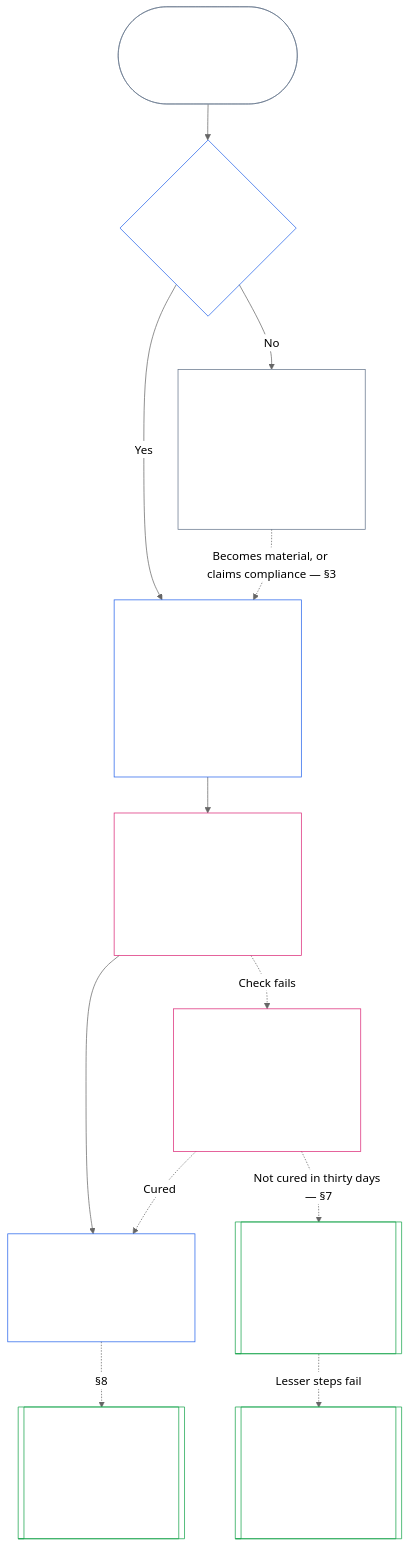
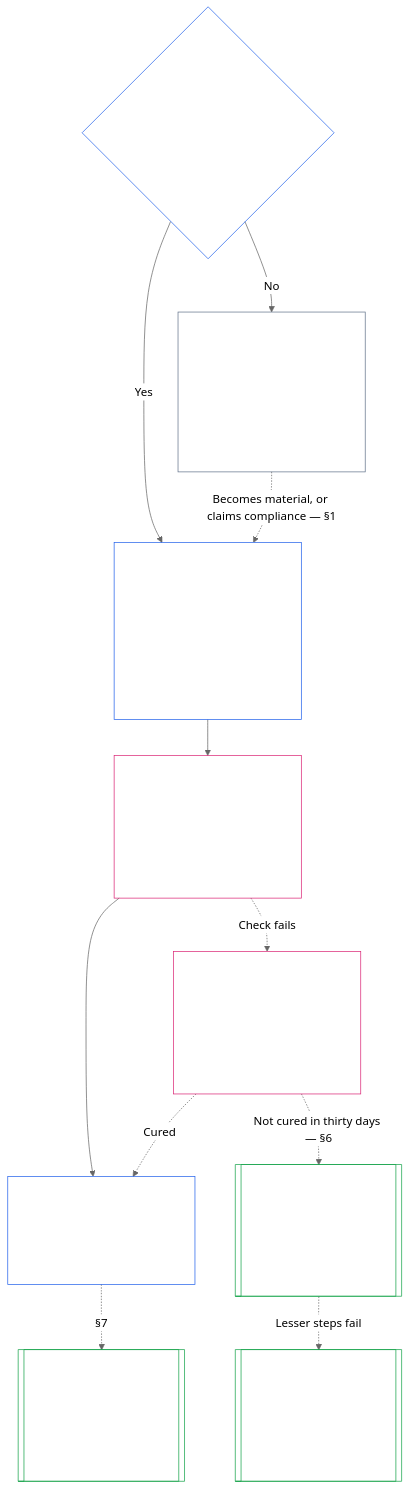
Before and after one commit to kfoelsch/Sentient_Constitution: the diagram in core_07_charters.md, drawn with Mermaid (neutral theme). The commit also changed other lines of this file and 36 other files, not shown here.

````diff
--- a/core_07_charters.md
+++ b/core_07_charters.md
@@ -71,34 +176,31 @@
 ```mermaid
 flowchart TB
-    S(["A group, system, or business forms<br/><br/>No licence and no gate — §2"])
-    Q{"Material to others?<br/>Class L or higher — §3"}
-    C["Publish its System Charter or<br/>Institutional Charter — §4, §5<br/><br/>Purpose, limits, who relies on it,<br/>who changes it, who holds each seat"]
-    H["Publish the office-holder statement — §6<br/><br/>Who holds the key offices, who controls<br/>them, how they are rewarded"]
-    K["Keep it true — §8<br/><br/>Review on schedule<br/>Fix any mismatch in the open"]
+    Q{"Material to others?<br/>Class L or higher — §1<br/><br/>Nobody needs permission to form — §2"}
+    C["Publish its System Charter or<br/>Institutional Charter — §3, §4<br/><br/>Purpose, limits, who relies on it,<br/>who changes it, who holds each seat"]
+    H["Publish the office-holder statement — §5<br/><br/>Who holds the key offices, who controls<br/>them, how they are rewarded"]
+    K["Keep it true — §7<br/><br/>Review on schedule<br/>Fix any mismatch in the open"]
     X[["Chapter Nine — Alignment certification<br/><br/>Checks the scope against real operation<br/><br/>Outside this chapter"]]
     P["Class P: a System Charter or<br/>Institutional Charter is voluntary<br/><br/>Publishing one creates no duty<br/>under this chapter"]
-    F["A holder fails the check — §7<br/><br/>Replace that sentient, not the Chartered Party<br/>A week to answer, thirty days to cure"]
+    F["A holder fails the check — §6<br/><br/>Replace that sentient, not the Chartered Party<br/>A week to answer, thirty days to cure"]
     R[["CI-13 — Consequence review<br/><br/>Lightest step that protects others<br/><br/>Outside this chapter"]]
     E[["CI-13 — Contract below Class L, or dissolve<br/><br/>Dissolution only as a last step<br/><br/>Outside this chapter"]]
-    S --> Q
     Q -->|"Yes"| C
     Q -->|"No"| P
-    P -.->|"Becomes material, or claims compliance — §3"| C
+    P -.->|"Becomes material, or claims compliance — §1"| C
     C --> H
     H --> K
     H -.->|"Check fails"| F
     F -.->|"Cured"| K
-    F -.->|"Not cured in thirty days — §7"| R
+    F -.->|"Not cured in thirty days — §6"| R
     R -.->|"Lesser steps fail"| E
-    K -.->|"§8"| X
-    style S fill:none,stroke:#64748b,color:#ffffff
+    K -.->|"§7"| X
     style Q fill:none,stroke:#2563eb,color:#ffffff
     style C fill:none,stroke:#2563eb,color:#ffffff
     style H fill:none,stroke:#db2777,color:#ffffff
     style K fill:none,stroke:#2563eb,color:#ffffff
     style X fill:none,stroke:#16a34a,color:#ffffff
     style P fill:none,stroke:#64748b,color:#ffffff
     style F fill:none,stroke:#db2777,color:#ffffff
     style R fill:none,stroke:#16a34a,color:#ffffff
     style E fill:none,stroke:#16a34a,color:#ffffff
 ```
````
